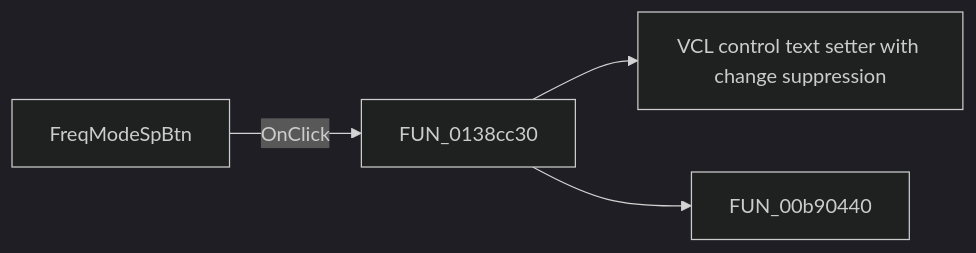
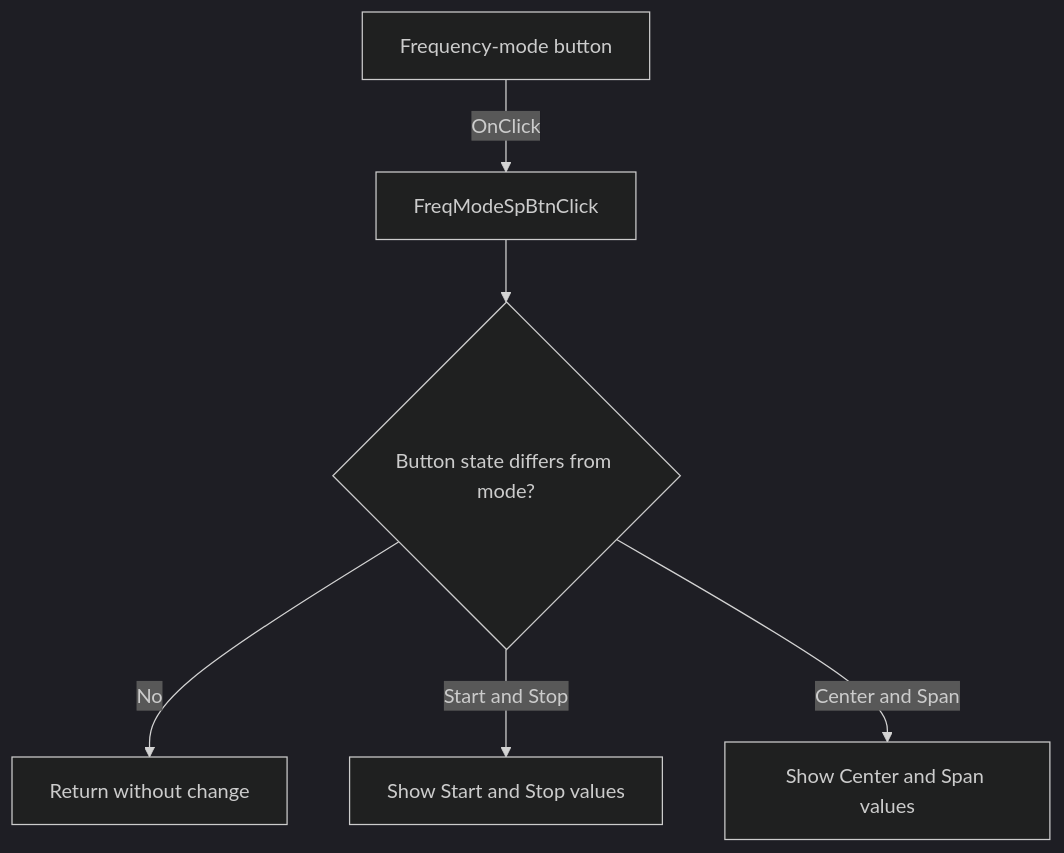
The diagram in docs/ui-controls/signalanalyzerwin/freqmodespbtn-7f873d2b7f.md (MovGP0/TIARA), drawn with Mermaid (dark theme) before and after one commit. The commit also changed other lines of this file and 1062 other files, not shown here.

````diff
--- a/docs/ui-controls/signalanalyzerwin/freqmodespbtn-7f873d2b7f.md
+++ b/docs/ui-controls/signalanalyzerwin/freqmodespbtn-7f873d2b7f.md
@@ -27,6 +29,8 @@
 ```mermaid
-flowchart LR
-    control["FreqModeSpBtn"] -->|OnClick| handler["FUN_0138cc30"]
-    handler --> call1["VCL control text setter with change suppression"]
-    handler --> call2["FUN_00b90440"]
+flowchart TD
+    control["Frequency-mode button"] -->|OnClick| handler["FreqModeSpBtnClick"]
+    handler --> changed{"Button state differs from mode?"}
+    changed -->|No| noop["Return without change"]
+    changed -->|Start and Stop| bounds["Show Start and Stop values"]
+    changed -->|Center and Span| center["Show Center and Span values"]
 ```
````
